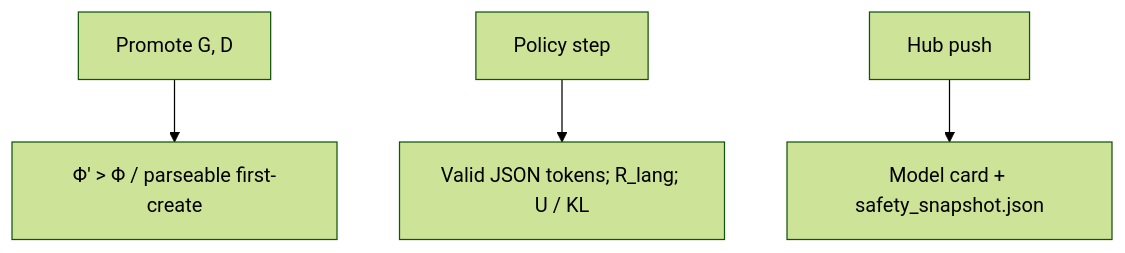
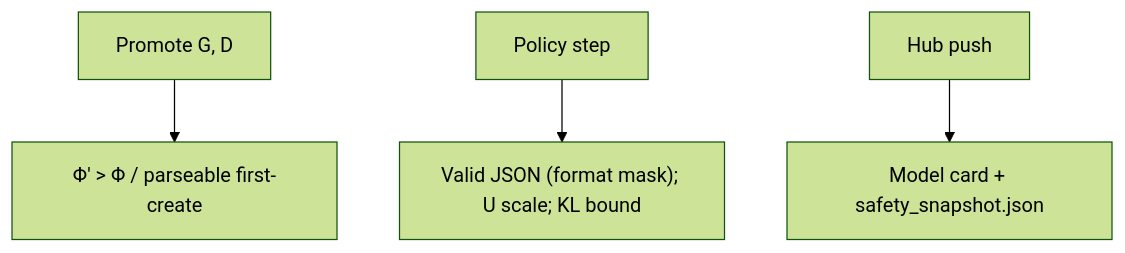
One commit to RobotsMali-AI/sebeni changed the third of 3 diagrams in docs/architecture.md. Above: the diagram before and after it, drawn with Mermaid (forest theme). The commit also changed other lines of this file, not shown here.

Commit message:
docs(architecture): update package tree, backends and safety gates

````diff
--- a/docs/architecture.md
+++ b/docs/architecture.md
@@ -51,6 +55,6 @@
 ```mermaid
 flowchart TD
   Promote["Promote G, D"] --> G1["Φ′ > Φ / parseable first-create"]
-  Policy["Policy step"] --> G2["Valid JSON tokens; R_lang; U / KL"]
+  Policy["Policy step"] --> G2["Valid JSON (format mask); U scale; KL bound"]
   Hub["Hub push"] --> G3["Model card + safety_snapshot.json"]
 ```
````
